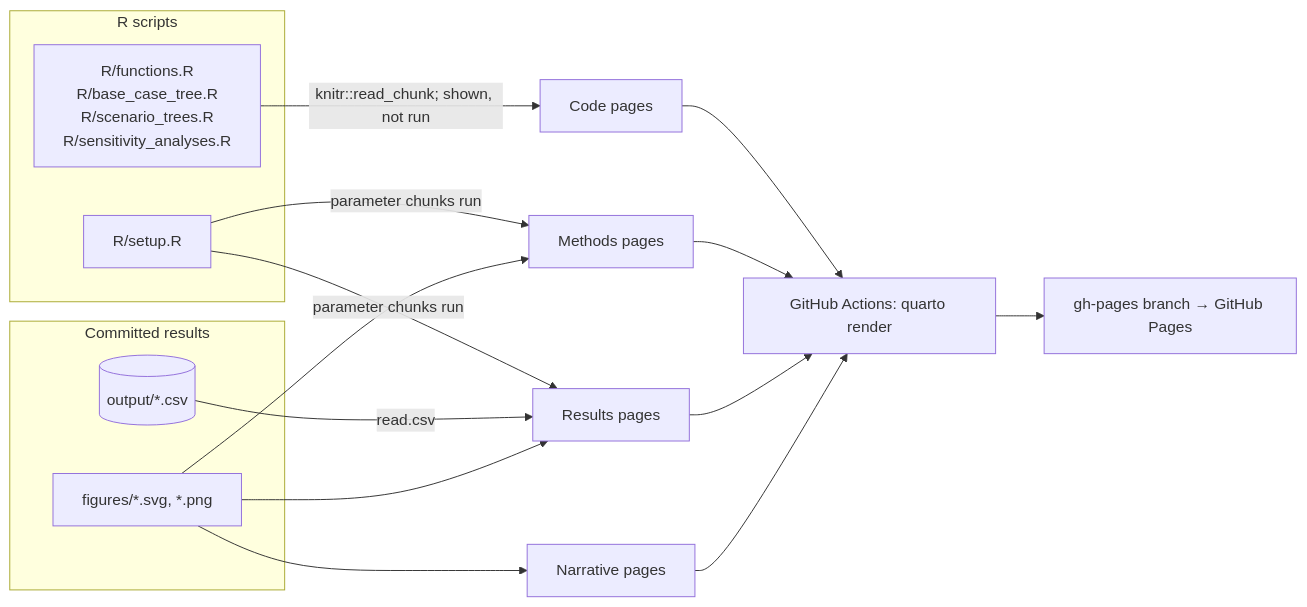
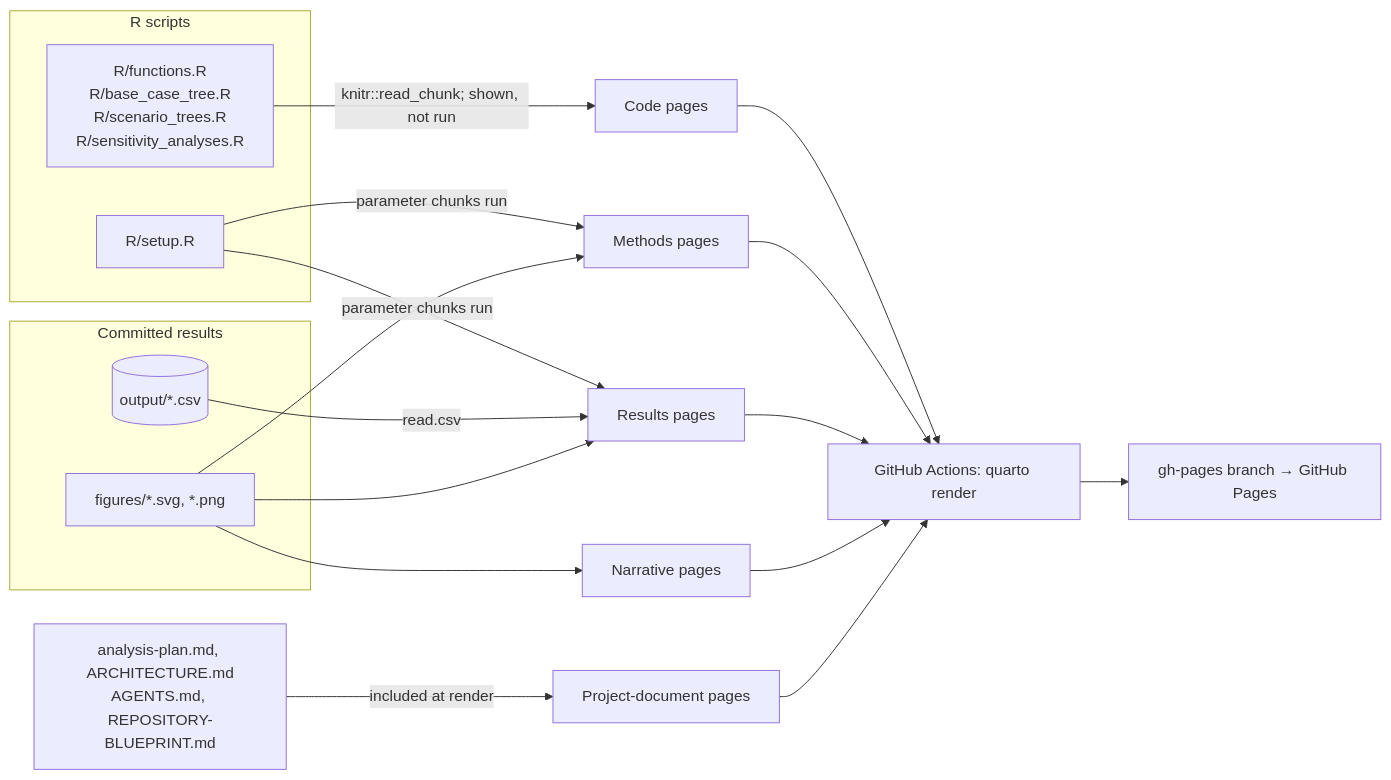
Before and after one commit to VagishHemmige/Cryptococcus-donor-screening-CEA: the fourth of 4 diagrams in ARCHITECTURE.md, drawn with Mermaid. The commit also changed other lines of this file and 2 other files, not shown here.

First line of the commit message:
Split the Methods sidebar section and update ARCHITECTURE.md for the site

````diff
--- a/ARCHITECTURE.md
+++ b/ARCHITECTURE.md
@@ -155,23 +155,25 @@
 ```mermaid
 flowchart LR
     subgraph R["R scripts"]
       setupR["R/setup.R"]
       others["R/functions.R<br/>R/base_case_tree.R<br/>R/scenario_trees.R<br/>R/sensitivity_analyses.R"]
     end
     subgraph A["Committed results"]
       csv[("output/*.csv")]
       fig["figures/*.svg, *.png"]
     end
     others -- "knitr::read_chunk; shown, not run" --> code["Code pages"]
     setupR -- "parameter chunks run" --> meth["Methods pages"]
     setupR -- "parameter chunks run" --> res["Results pages"]
     csv -- "read.csv" --> res
     fig --> res
     fig --> meth
     fig --> narr["Narrative pages"]
+    rootdocs["analysis-plan.md, ARCHITECTURE.md<br/>AGENTS.md, REPOSITORY-BLUEPRINT.md"] -- "included at render" --> pdocs["Project-document pages"]
     code --> docs["GitHub Actions: quarto render"]
     meth --> docs
     res --> docs
     narr --> docs
+    pdocs --> docs
     docs --> gh["gh-pages branch → GitHub Pages"]
 ```
````
